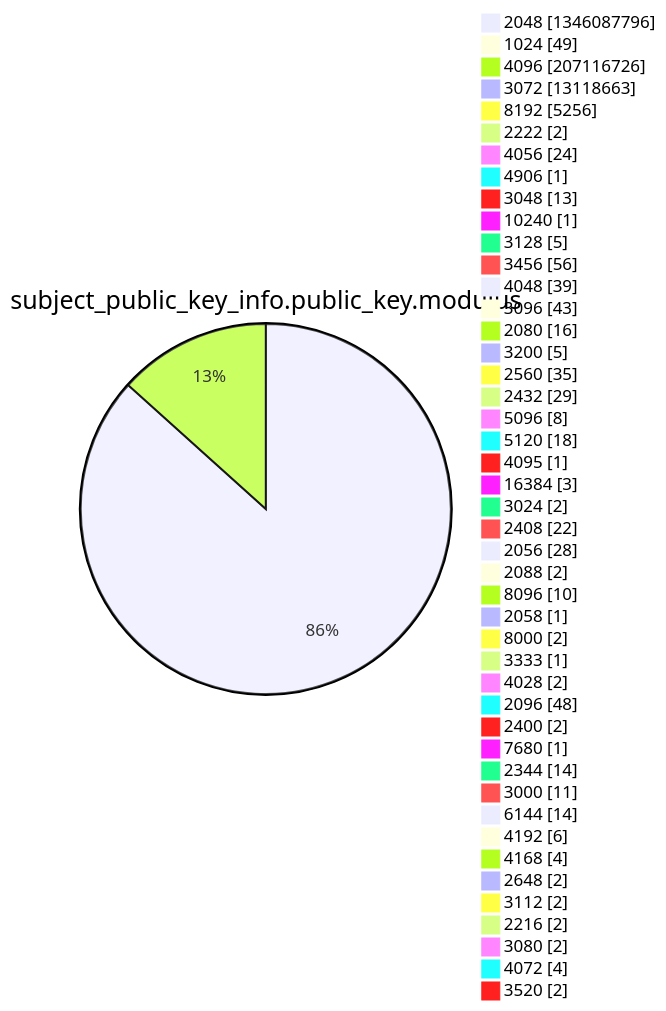
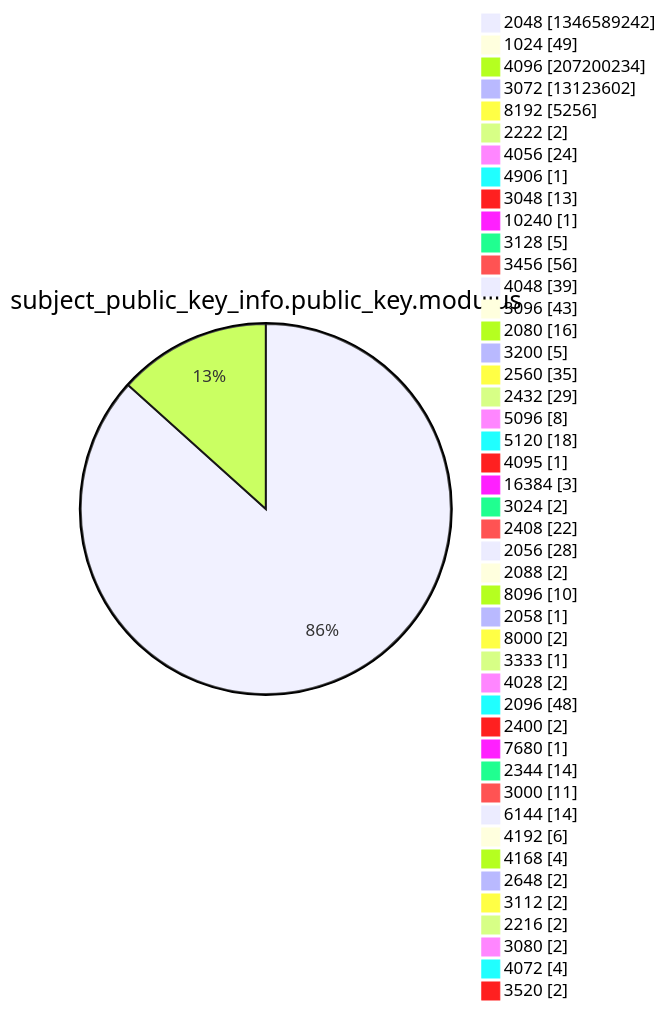
Diagram 13 of 15 in xenon2022/README.md (christiankrug/ctmonitor_visualization), drawn with Mermaid before and after one commit. The commit also changed other lines of this file, not shown here.

````diff
--- a/xenon2022/README.md
+++ b/xenon2022/README.md
@@ -3927,49 +3927,49 @@
 ```mermaid
 pie showData
 title subject_public_key_info.public_key.modulus
-"2048" :1346087796
+"2048" :1346589242
 "1024" :49
-"4096" :207116726
-"3072" :13118663
+"4096" :207200234
+"3072" :13123602
 "8192" :5256
 "2222" :2
 "4056" :24
 "4906" :1
 "3048" :13
 "10240" :1
 "3128" :5
 "3456" :56
 "4048" :39
 "3096" :43
 "2080" :16
 "3200" :5
 "2560" :35
 "2432" :29
 "5096" :8
 "5120" :18
 "4095" :1
 "16384" :3
 "3024" :2
 "2408" :22
 "2056" :28
 "2088" :2
 "8096" :10
 "2058" :1
 "8000" :2
 "3333" :1
 "4028" :2
 "2096" :48
 "2400" :2
 "7680" :1
 "2344" :14
 "3000" :11
 "6144" :14
 "4192" :6
 "4168" :4
 "2648" :2
 "3112" :2
 "2216" :2
 "3080" :2
 "4072" :4
 "3520" :2
 ```
````
